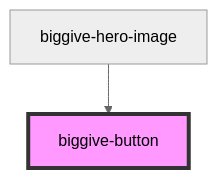
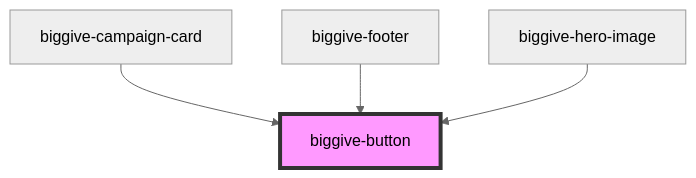
The diagram in src/components/biggive-button/readme.md (thebiggive/donate-frontend), drawn with Mermaid (neutral theme) before and after one commit. The commit also changed other lines of this file and 18 other files, not shown here.

````diff
--- a/src/components/biggive-button/readme.md
+++ b/src/components/biggive-button/readme.md
@@ -24,5 +26,7 @@
 ```mermaid
 graph TD;
+  biggive-campaign-card --> biggive-button
+  biggive-footer --> biggive-button
   biggive-hero-image --> biggive-button
   style biggive-button fill:#f9f,stroke:#333,stroke-width:4px
 ```
````
